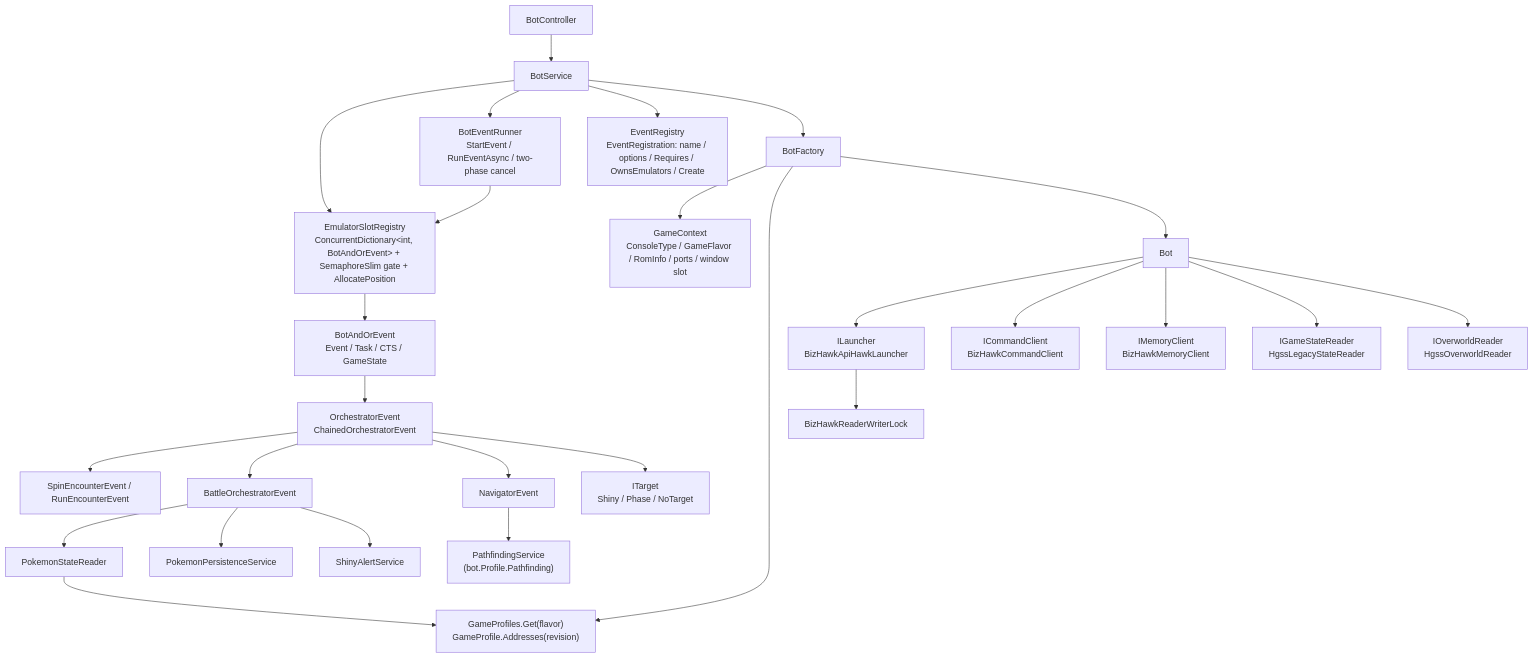
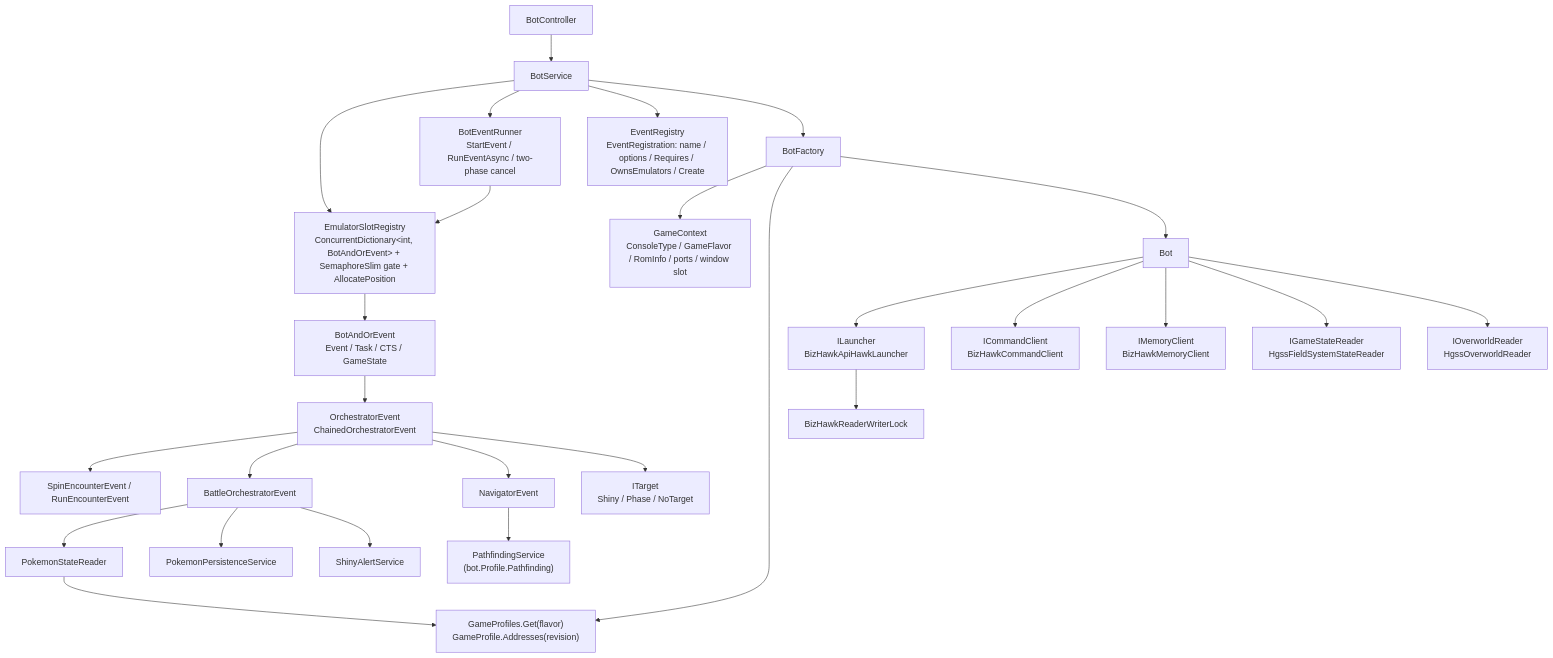
Before and after one commit to ppicinic/ShinyBotHunter: the second of 2 diagrams in docs/architecture/system-overview.md, drawn with Mermaid. The commit also changed other lines of this file and 2 other files, not shown here.

First line of the commit message:
Docs: architecture and game-profile reflect the chain reader (S2a merged); opcode 0x05 in the ApiHawk table; IMemoryClient hop example on a live member

````diff
--- a/docs/architecture/system-overview.md
+++ b/docs/architecture/system-overview.md
@@ -116,27 +116,27 @@
 ```mermaid
 flowchart TD
   BC[BotController] --> BS[BotService]
   BS --> REG["EmulatorSlotRegistry<br/>ConcurrentDictionary&lt;int, BotAndOrEvent&gt; + SemaphoreSlim gate + AllocatePosition"]
   BS --> RUN["BotEventRunner<br/>StartEvent / RunEventAsync / two-phase cancel"]
   RUN --> REG
   BS --> ER["EventRegistry<br/>EventRegistration: name / options / Requires / OwnsEmulators / Create"]
   BS --> BF[BotFactory]
   BF --> GC["GameContext<br/>ConsoleType / GameFlavor / RomInfo / ports / window slot"]
   BF --> GP["GameProfiles.Get(flavor)<br/>GameProfile.Addresses(revision)"]
   BF --> Bot
   Bot --> L["ILauncher<br/>BizHawkApiHawkLauncher"]
   Bot --> CC["ICommandClient<br/>BizHawkCommandClient"]
   Bot --> MC["IMemoryClient<br/>BizHawkMemoryClient"]
-  Bot --> SR["IGameStateReader<br/>HgssLegacyStateReader"]
+  Bot --> SR["IGameStateReader<br/>HgssFieldSystemStateReader"]
   Bot --> OR["IOverworldReader<br/>HgssOverworldReader"]
   L --> RWL[BizHawkReaderWriterLock]
   REG --> BAE["BotAndOrEvent<br/>Event / Task / CTS / GameState"]
   BAE --> OE["OrchestratorEvent<br/>ChainedOrchestratorEvent"]
   OE --> ENC["SpinEncounterEvent / RunEncounterEvent"]
   OE --> BOE[BattleOrchestratorEvent]
   OE --> NAV[NavigatorEvent] --> PF["PathfindingService<br/>(bot.Profile.Pathfinding)"]
   BOE --> PSR[PokemonStateReader] --> GP
   BOE --> PP[PokemonPersistenceService]
   BOE --> SA[ShinyAlertService]
   OE --> T["ITarget<br/>Shiny / Phase / NoTarget"]
 ```
````
